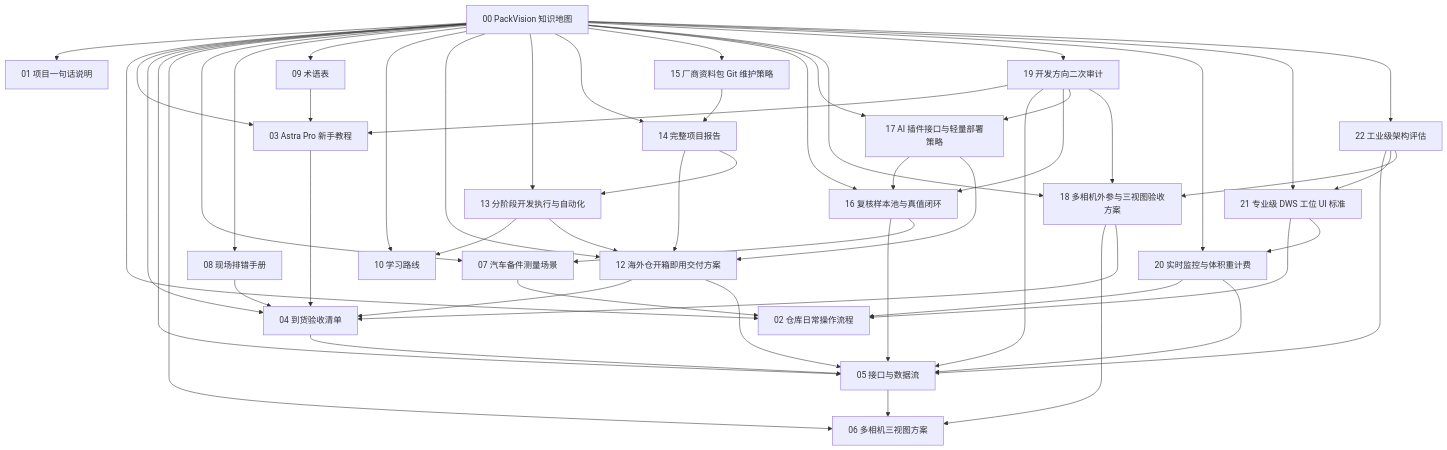
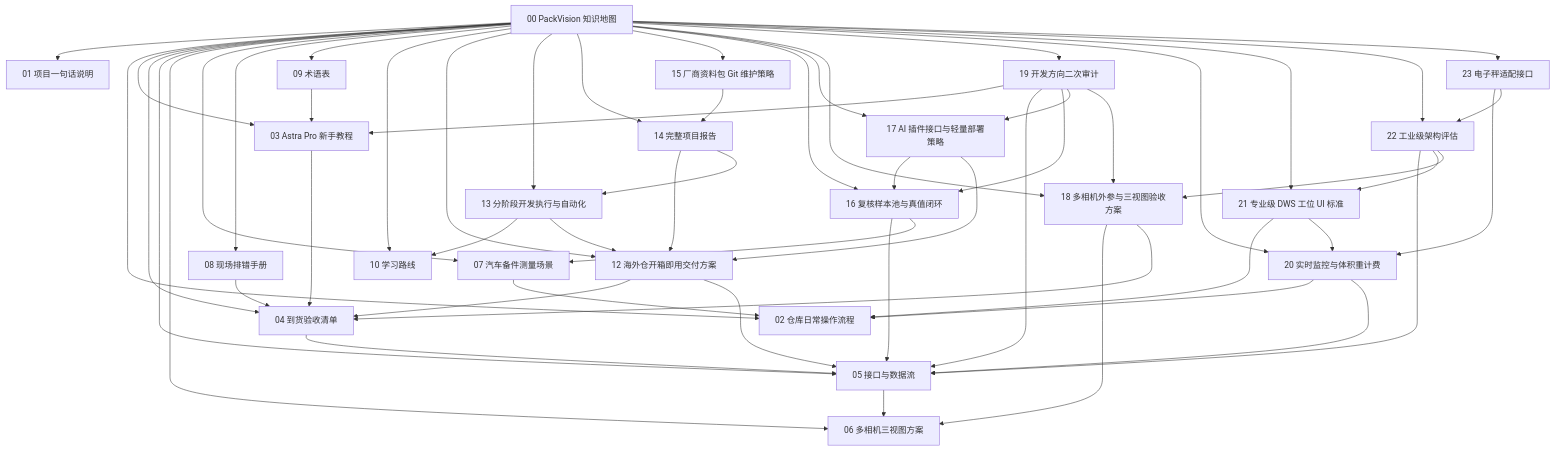
The diagram in docs_obsidian/PackVision/00 PackVision 知识地图.md (BilibiliSZdaomei/packvision), drawn with Mermaid before and after one commit. The commit also changed other lines of this file and 17 other files, not shown here.

````diff
--- a/docs_obsidian/PackVision/00 PackVision 知识地图.md
+++ b/docs_obsidian/PackVision/00 PackVision 知识地图.md
@@ -46,55 +47,58 @@
 ```mermaid
 graph TD
   A["00 PackVision 知识地图"] --> B["01 项目一句话说明"]
   A --> C["02 仓库日常操作流程"]
   A --> D["03 Astra Pro 新手教程"]
   A --> E["04 到货验收清单"]
   A --> F["05 接口与数据流"]
   A --> G["06 多相机三视图方案"]
   A --> H["07 汽车备件测量场景"]
   A --> I["08 现场排错手册"]
   A --> J["09 术语表"]
   A --> K["10 学习路线"]
   A --> L["12 海外仓开箱即用交付方案"]
   A --> M["13 分阶段开发执行与自动化"]
   A --> N["14 完整项目报告"]
   A --> O["15 厂商资料包 Git 维护策略"]
   A --> P["16 复核样本池与真值闭环"]
   A --> Q["17 AI 插件接口与轻量部署策略"]
   A --> R["18 多相机外参与三视图验收方案"]
   A --> S["19 开发方向二次审计"]
   A --> T["20 实时监控与体积重计费"]
   A --> U["21 专业级 DWS 工位 UI 标准"]
   A --> V["22 工业级架构评估"]
+  A --> W["23 电子秤适配接口"]
   D --> E
   E --> F
   F --> G
   L --> E
   L --> F
   M --> K
   M --> L
   N --> L
   N --> M
   O --> N
   P --> F
   P --> H
   Q --> P
   Q --> L
   R --> G
   R --> E
   S --> D
   S --> F
   S --> P
   S --> Q
   S --> R
   T --> C
   T --> F
   U --> C
   U --> T
   V --> F
   V --> U
   V --> R
+  W --> T
+  W --> V
   H --> C
   I --> E
   J --> D
 ```
````
